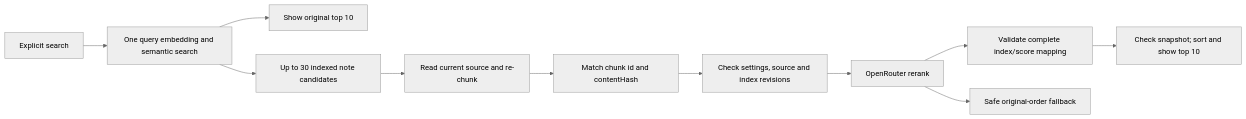
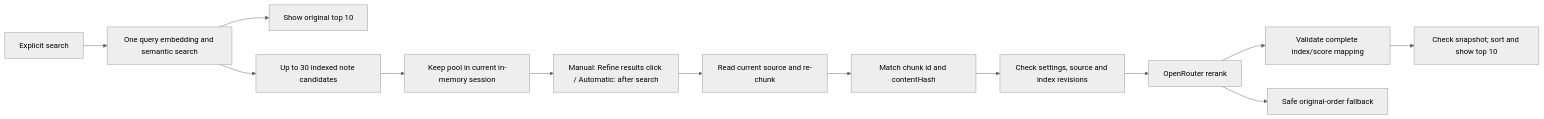
One commit to zinverno/vault-audit-AI changed the diagram in docs/rerank-v1.md. Above: the diagram before and after it, drawn with Mermaid (neutral theme). The commit also changed other lines of this file and 18 other files, not shown here.

````diff
--- a/docs/rerank-v1.md
+++ b/docs/rerank-v1.md
@@ -27,13 +51,15 @@
 ```mermaid
 flowchart LR
   A[Explicit search] --> B[One query embedding and semantic search]
   B --> C[Show original top 10]
   B --> D[Up to 30 indexed note candidates]
-  D --> E[Read current source and re-chunk]
+  D --> M[Keep pool in current in-memory session]
+  M --> T[Manual: Refine results click / Automatic: after search]
+  T --> E[Read current source and re-chunk]
   E --> F[Match chunk id and contentHash]
   F --> G[Check settings, source and index revisions]
   G --> H[OpenRouter rerank]
   H --> I[Validate complete index/score mapping]
   I --> J[Check snapshot; sort and show top 10]
   H --> K[Safe original-order fallback]
 ```
````
